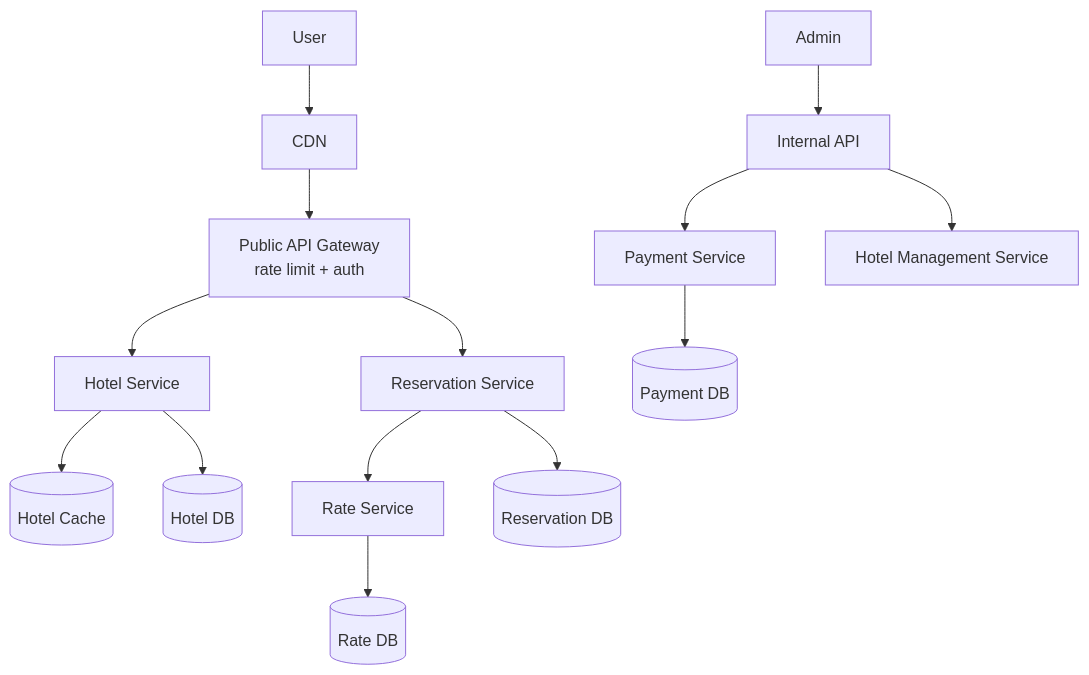
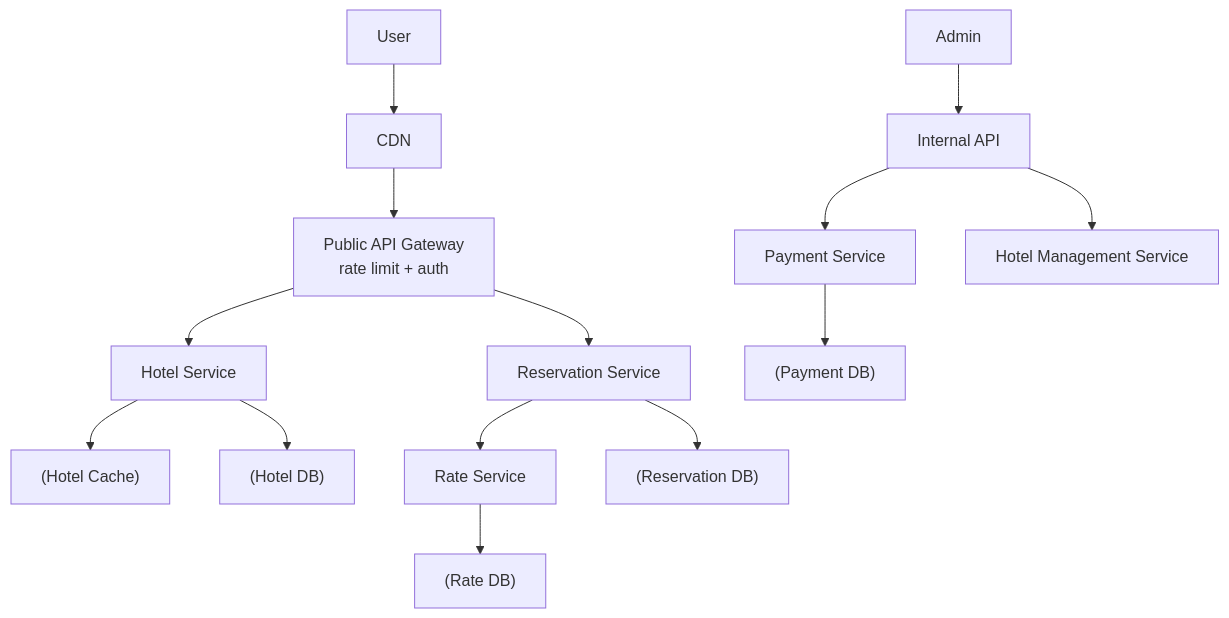
Before and after one commit to pankajThakur1874/studysheet: the first of 3 diagrams in files/Book-System-Design-Vol-2/07-hotel-reservation-system.md, drawn with Mermaid. The commit also changed other lines of this file and 102 other files, not shown here.

Commit message:
Auto-fix Mermaid diagram syntax across all study guides to prevent Syntax Error in Mermaid v10

````diff
--- a/files/Book-System-Design-Vol-2/07-hotel-reservation-system.md
+++ b/files/Book-System-Design-Vol-2/07-hotel-reservation-system.md
@@ -49,15 +49,15 @@
 ```mermaid
 flowchart TD
     User --> CDN
     Admin --> IAPI[Internal API]
-    CDN --> PGW[Public API Gateway<br/>rate limit + auth]
+    CDN --> PGW["Public API Gateway<br/>rate limit + auth"]
     PGW --> HS[Hotel Service]
     PGW --> RS[Reservation Service]
     IAPI --> PS[Payment Service]
     IAPI --> HMS[Hotel Management Service]
-    HS --> HC[(Hotel Cache)]
-    HS --> HDB[(Hotel DB)]
-    RS --> RateS[Rate Service] --> RateDB[(Rate DB)]
-    RS --> RDB[(Reservation DB)]
-    PS --> PDB[(Payment DB)]
+    HS --> HC["(Hotel Cache)"]
+    HS --> HDB["(Hotel DB)"]
+    RS --> RateS[Rate Service] --> RateDB["(Rate DB)"]
+    RS --> RDB["(Reservation DB)"]
+    PS --> PDB["(Payment DB)"]
 ```
````
